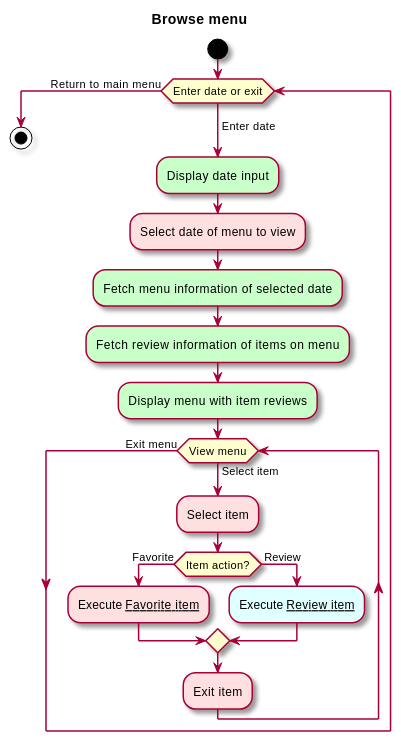
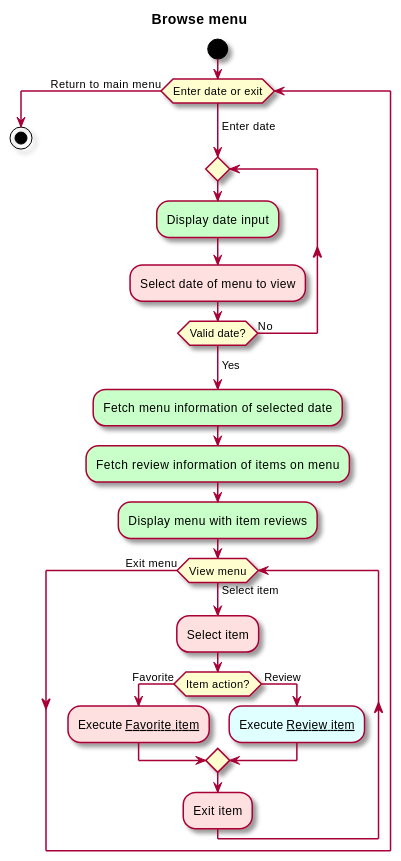
One commit to sashap100/Vassar-Dining-App changed the diagram in intellij/doc/use-cases/browse-menu.md. Above: the diagram before and after it, drawn with PlantUML. The commit also changed other lines of this file and 2 other files, not shown here.

Commit message:
Added detail to Browse menu, Favorite item, and Review item use cases.

````diff
--- a/intellij/doc/use-cases/browse-menu.md
+++ b/intellij/doc/use-cases/browse-menu.md
@@ -25,26 +24,29 @@
 ```plantuml
 @startuml
 
 skin rose
 title Browse menu
 
 start
 while (Enter date or exit) is (\nEnter date)
+repeat
 #technology:Display date input;
 #implementation:Select date of menu to view;
+repeat while (Valid date?) is (No)
+-> Yes;
 #technology:Fetch menu information of selected date;
 #technology:Fetch review information of items on menu;
 #technology:Display menu with item reviews;
 while (View menu) is (Select item)
 #implementation:Select item;
     if (Item action?) then (Favorite)
         #implementation:Execute __Favorite item__;
     else ( Review)
         #LightCyan:Execute __Review item__;
 endif
 #implementation:Exit item;
 endwhile (Exit menu)
 endwhile (Return to main menu)
 stop
 @enduml
 ```
````
